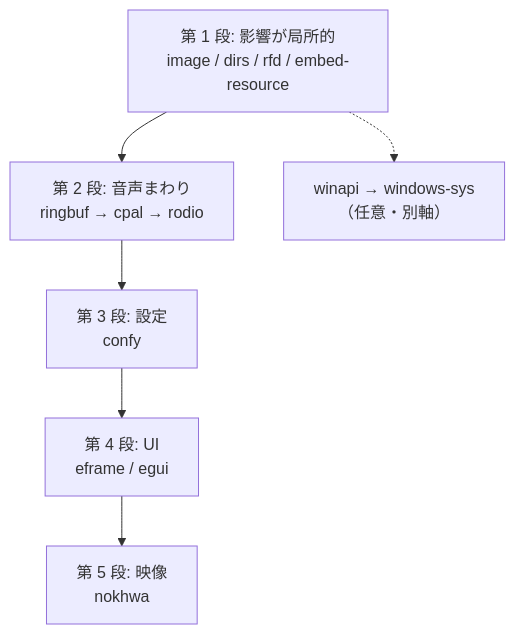
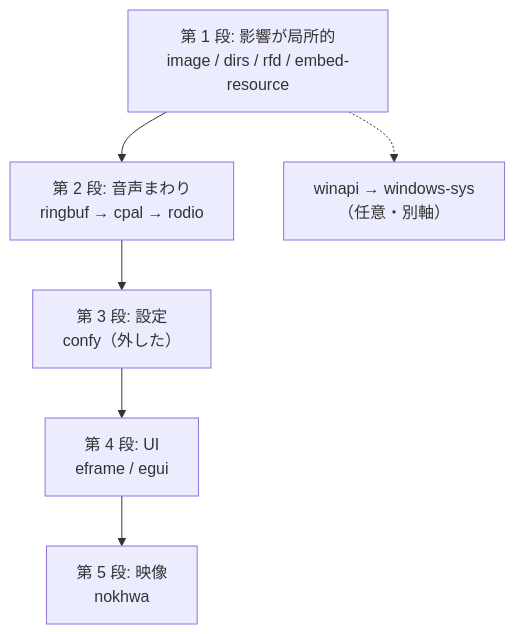
The diagram in docs/DEPENDENCIES.md (Mui-MuiMui/Capturecard_Viewer), drawn with Mermaid before and after one commit. The commit also changed other lines of this file and 10 other files, not shown here.

````diff
--- a/docs/DEPENDENCIES.md
+++ b/docs/DEPENDENCIES.md
@@ -126,13 +125,13 @@
 ```mermaid
 flowchart TD
     A["第 1 段: 影響が局所的<br/>image / dirs / rfd / embed-resource"]
     B["第 2 段: 音声まわり<br/>ringbuf → cpal → rodio"]
-    C["第 3 段: 設定<br/>confy"]
+    C["第 3 段: 設定<br/>confy（外した）"]
     D["第 4 段: UI<br/>eframe / egui"]
     E["第 5 段: 映像<br/>nokhwa"]
     F["winapi → windows-sys<br/>（任意・別軸）"]
 
     A --> B --> C --> D
     D --> E
     A -.-> F
 ```
````
